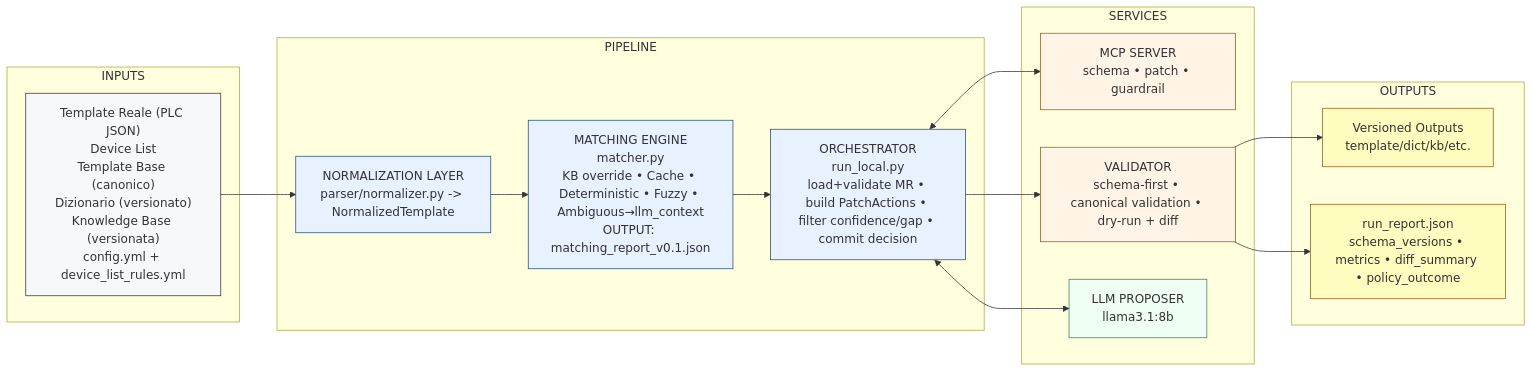
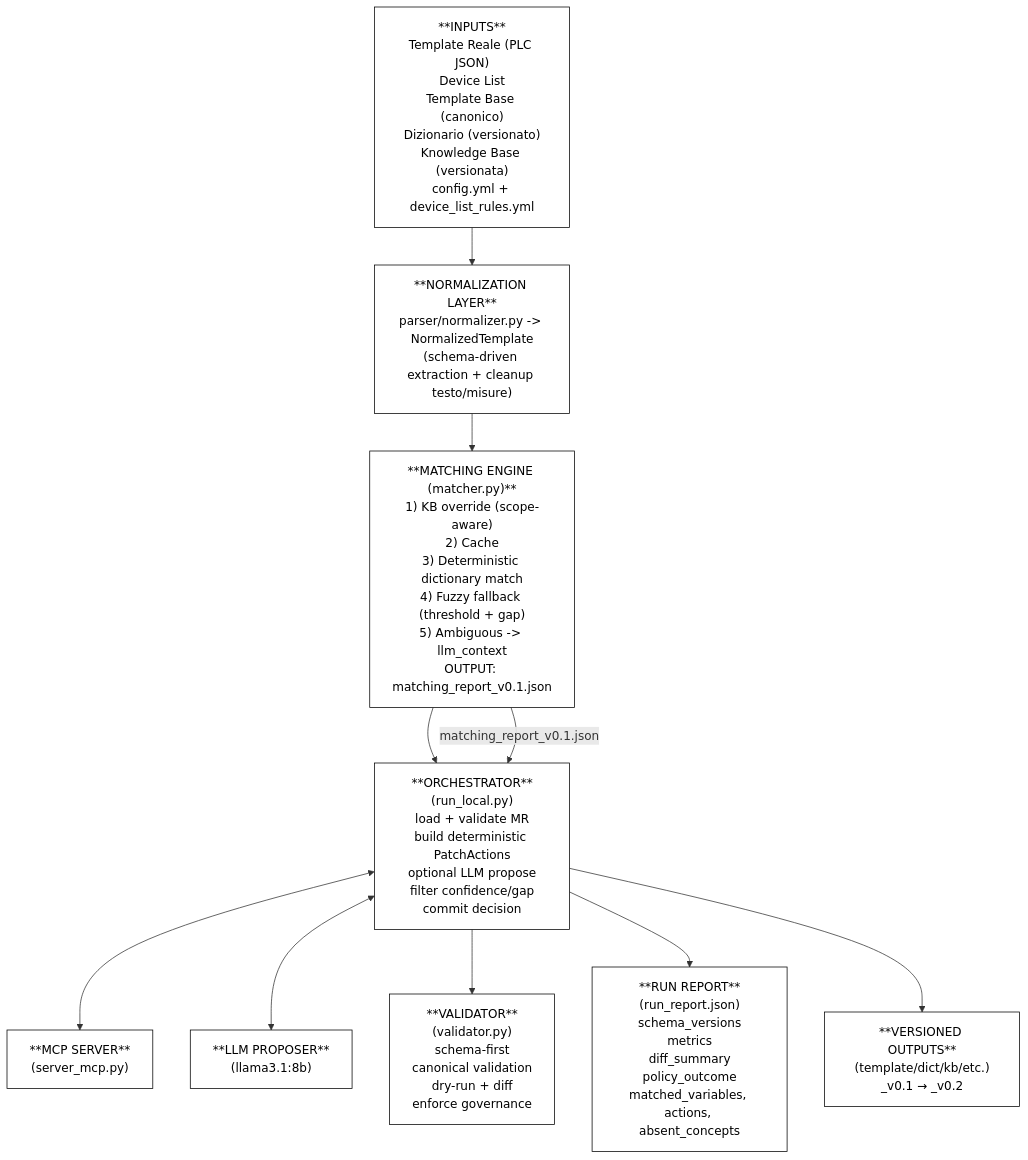
One commit to RiccardoLunardelli/ProgettoAI-Mosaico changed the diagram in doc/15_architettura/README.md. Above: the diagram before and after it, drawn with Mermaid.

Commit message:
UPDATE: stile  architettura

````diff
--- a/doc/15_architettura/README.md
+++ b/doc/15_architettura/README.md
@@ -8,42 +8,24 @@
 ```mermaid
-flowchart LR
-  classDef core fill:#f6f8fa,stroke:#333,stroke-width:1px;
-  classDef flow fill:#e8f1ff,stroke:#1f4e79,stroke-width:1px;
-  classDef gate fill:#fff4e6,stroke:#a35a00,stroke-width:1px;
-  classDef llm fill:#f0fff4,stroke:#2f855a,stroke-width:1px;
-  classDef out fill:#fefcbf,stroke:#975a16,stroke-width:1px;
+flowchart TD
+  classDef plain fill:#ffffff,stroke:#000000,color:#000000,stroke-width:1px;
 
-  subgraph INPUTS
-    A["Template Reale (PLC JSON)<br/>Device List<br/>Template Base (canonico)<br/>Dizionario (versionato)<br/>Knowledge Base (versionata)<br/>config.yml + device_list_rules.yml"]
-  end
-
-  subgraph PIPELINE
-    B["NORMALIZATION LAYER<br/>parser/normalizer.py -> NormalizedTemplate"]
-    C["MATCHING ENGINE<br/>matcher.py<br/>KB override • Cache • Deterministic • Fuzzy • Ambiguous→llm_context<br/>OUTPUT: matching_report_v0.1.json"]
-    E["ORCHESTRATOR<br/>run_local.py<br/>load+validate MR • build PatchActions • filter confidence/gap • commit decision"]
-  end
-
-  subgraph SERVICES
-    D["MCP SERVER<br/>schema • patch • guardrail"]
-    G["VALIDATOR<br/>schema-first • canonical validation • dry-run + diff"]
-    F["LLM PROPOSER<br/>llama3.1:8b"]
-  end
-
-  subgraph OUTPUTS
-    H["Versioned Outputs<br/>template/dict/kb/etc."]
-    I["run_report.json<br/>schema_versions • metrics • diff_summary • policy_outcome"]
-  end
+  A["**INPUTS**<br/>Template Reale (PLC JSON)<br/>Device List<br/>Template Base (canonico)<br/>Dizionario (versionato)<br/>Knowledge Base (versionata)<br/>config.yml + device_list_rules.yml"]
+  B["**NORMALIZATION LAYER**<br/>parser/normalizer.py -> NormalizedTemplate<br/>(schema-driven extraction + cleanup testo/misure)"]
+  C["**MATCHING ENGINE (matcher.py)**<br/>1) KB override (scope-aware)<br/>2) Cache<br/>3) Deterministic dictionary match<br/>4) Fuzzy fallback (threshold + gap)<br/>5) Ambiguous -> llm_context<br/>OUTPUT: matching_report_v0.1.json"]
+  D["**MCP SERVER**<br/>(server_mcp.py)"]
+  E["**ORCHESTRATOR**<br/>(run_local.py)<br/>load + validate MR<br/>build deterministic PatchActions<br/>optional LLM propose<br/>filter confidence/gap<br/>commit decision"]
+  F["**LLM PROPOSER**<br/>(llama3.1:8b)"]
+  G["**VALIDATOR**<br/>(validator.py)<br/>schema-first<br/>canonical validation<br/>dry-run + diff<br/>enforce governance"]
+  H["**RUN REPORT**<br/>(run_report.json)<br/>schema_versions<br/>metrics<br/>diff_summary<br/>policy_outcome<br/>matched_variables, actions, absent_concepts"]
+  I["**VERSIONED OUTPUTS**<br/>(template/dict/kb/etc.)<br/>_v0.1 → _v0.2"]
 
   A --> B --> C --> E
+  C -->|matching_report_v0.1.json| E
   E <--> D
   E <--> F
   E --> G
-  G --> H
-  G --> I
+  E --> H
+  E --> I
 
-  class A core
-  class B,C,E flow
-  class D,G gate
-  class F llm
-  class H,I out
+  class A,B,C,D,E,F,G,H,I plain
  ```
````
